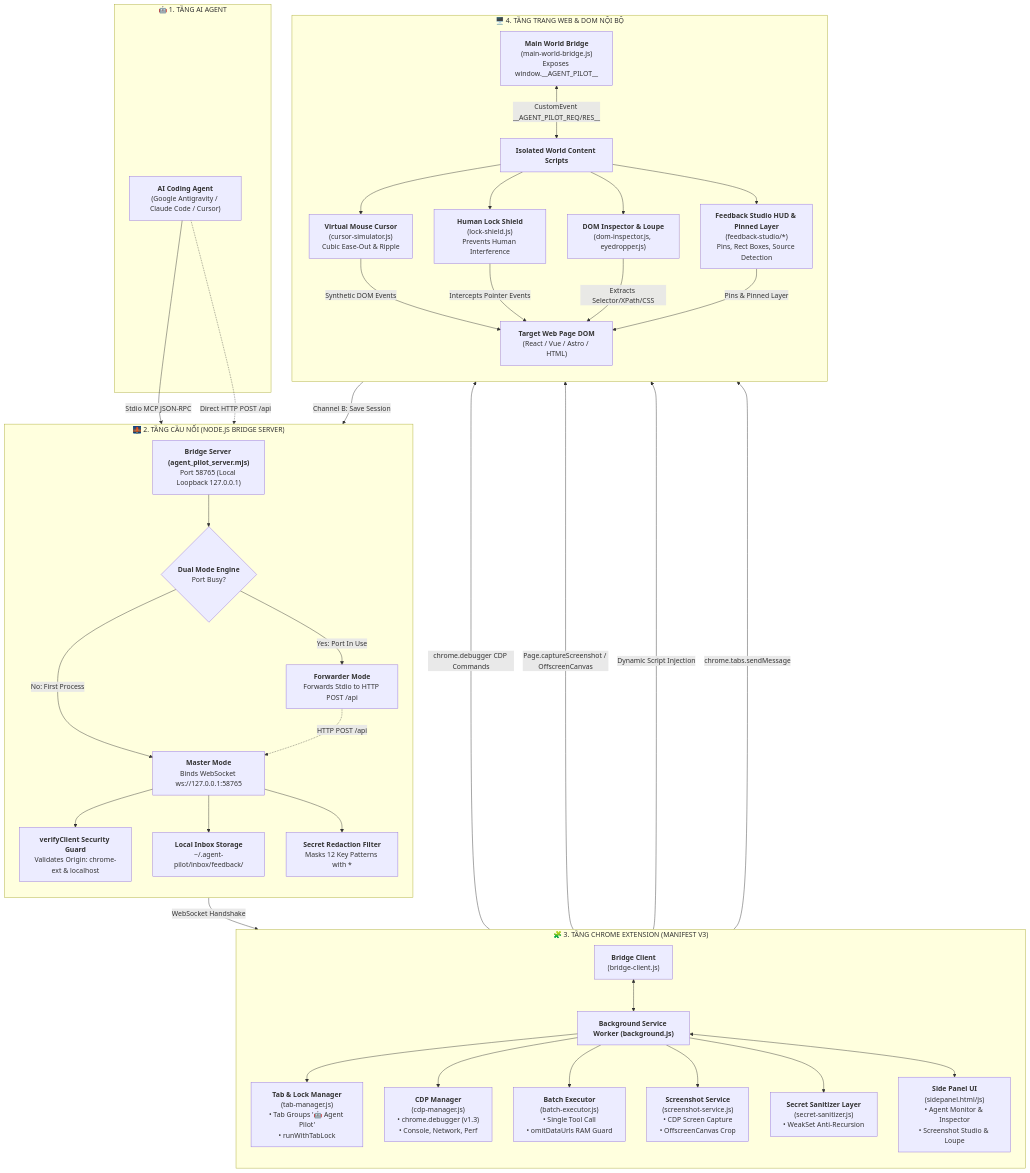
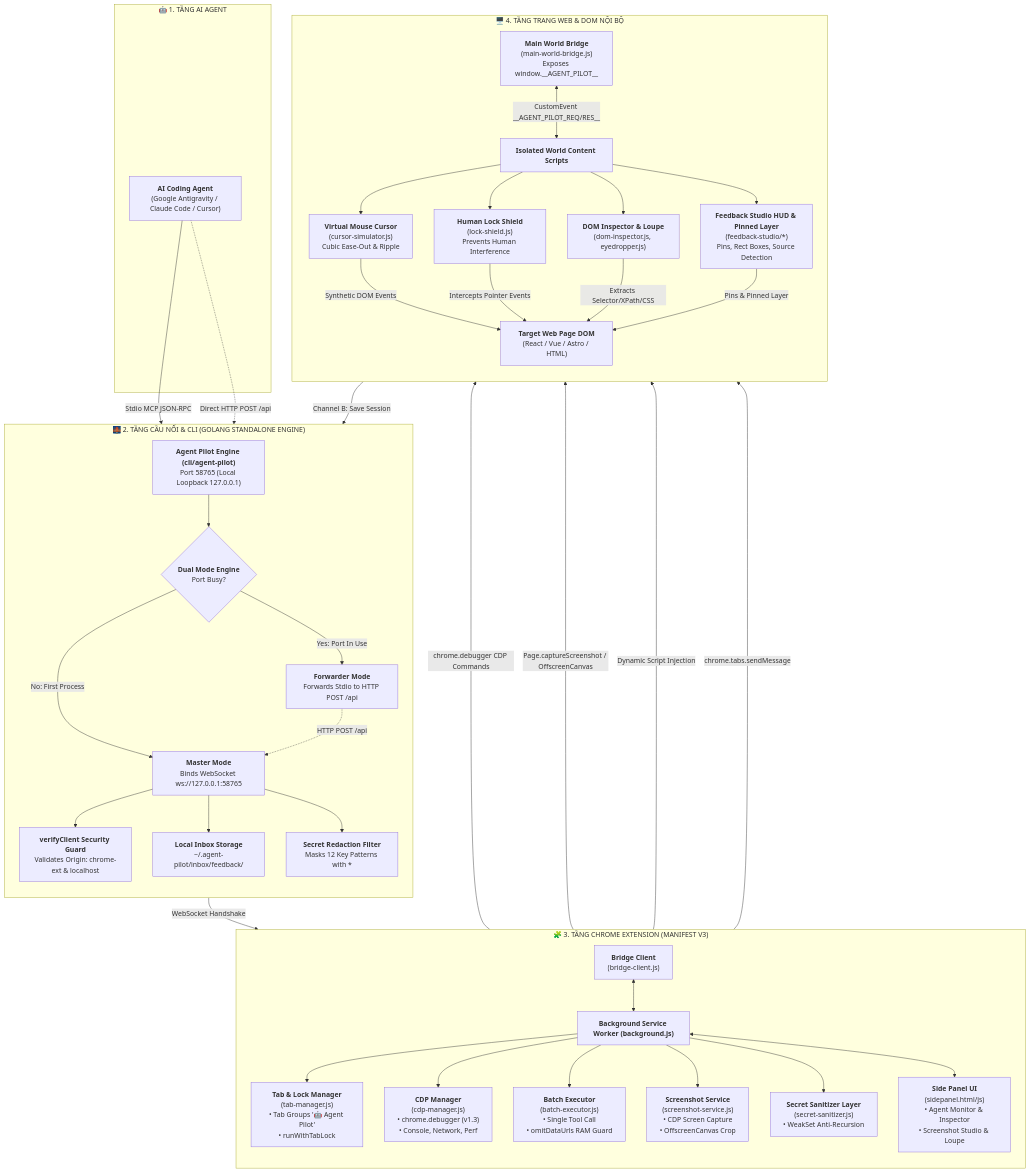
Before and after one commit to ducconit/agent-pilot: the first of 3 diagrams in docs/ARCHITECTURE.md, drawn with Mermaid. The commit also changed 36 other files, not shown here.

Commit message:
feat(mcp): replace legacy node bridge with standalone go cli & update local mcp configuration

````diff
--- a/docs/ARCHITECTURE.md
+++ b/docs/ARCHITECTURE.md
@@ -12,78 +12,78 @@
 ```mermaid
 flowchart TB
     subgraph AgentLayer["🤖 1. TẦNG AI AGENT"]
         Agent["<b>AI Coding Agent</b><br/>(Google Antigravity / Claude Code / Cursor)"]
     end
 
-    subgraph BridgeLayer["🌉 2. TẦNG CẦU NỐI (NODE.JS BRIDGE SERVER)"]
+    subgraph BridgeLayer["🌉 2. TẦNG CẦU NỐI & CLI (GOLANG STANDALONE ENGINE)"]
         direction TB
-        ServerEntry["<b>Bridge Server (agent_pilot_server.mjs)</b><br/>Port 58765 (Local Loopback 127.0.0.1)"]
+        ServerEntry["<b>Agent Pilot Engine (cli/agent-pilot)</b><br/>Port 58765 (Local Loopback 127.0.0.1)"]
         DualMode{"<b>Dual Mode Engine</b><br/>Port Busy?"}
         Master["<b>Master Mode</b><br/>Binds WebSocket ws://127.0.0.1:58765"]
         Forwarder["<b>Forwarder Mode</b><br/>Forwards Stdio to HTTP POST /api"]
         VerifyClient["<b>verifyClient Security Guard</b><br/>Validates Origin: chrome-ext & localhost"]
         ServerRedactor["<b>Secret Redaction Filter</b><br/>Masks 12 Key Patterns with *"]
         InboxFS["<b>Local Inbox Storage</b><br/>~/.agent-pilot/inbox/feedback/"]
     end
 
     subgraph ExtensionLayer["🧩 3. TẦNG CHROME EXTENSION (MANIFEST V3)"]
         direction TB
         SW["<b>Background Service Worker (background.js)</b>"]
         WSClient["<b>Bridge Client</b><br/>(bridge-client.js)"]
         TabMgr["<b>Tab & Lock Manager</b><br/>(tab-manager.js)<br/>• Tab Groups '🤖 Agent Pilot'<br/>• runWithTabLock"]
         CDPMgr["<b>CDP Manager</b><br/>(cdp-manager.js)<br/>• chrome.debugger (v1.3)<br/>• Console, Network, Perf"]
         BatchExec["<b>Batch Executor</b><br/>(batch-executor.js)<br/>• Single Tool Call<br/>• omitDataUrls RAM Guard"]
         ShotSvc["<b>Screenshot Service</b><br/>(screenshot-service.js)<br/>• CDP Screen Capture<br/>• OffscreenCanvas Crop"]
         ClientRedactor["<b>Secret Sanitizer Layer</b><br/>(secret-sanitizer.js)<br/>• WeakSet Anti-Recursion"]
         SidePanel["<b>Side Panel UI</b><br/>(sidepanel.html/js)<br/>• Agent Monitor & Inspector<br/>• Screenshot Studio & Loupe"]
     end
 
     subgraph PageLayer["🖥️ 4. TẦNG TRANG WEB & DOM NỘI BỘ"]
         direction TB
         MainWorld["<b>Main World Bridge</b><br/>(main-world-bridge.js)<br/>Exposes window.__AGENT_PILOT__"]
         ContentScripts["<b>Isolated World Content Scripts</b>"]
         CursorSim["<b>Virtual Mouse Cursor</b><br/>(cursor-simulator.js)<br/>Cubic Ease-Out & Ripple"]
         LockShield["<b>Human Lock Shield</b><br/>(lock-shield.js)<br/>Prevents Human Interference"]
         DOMInspector["<b>DOM Inspector & Loupe</b><br/>(dom-inspector.js, eyedropper.js)"]
         FeedbackHUD["<b>Feedback Studio HUD & Pinned Layer</b><br/>(feedback-studio/*)<br/>Pins, Rect Boxes, Source Detection"]
         TargetDOM["<b>Target Web Page DOM</b><br/>(React / Vue / Astro / HTML)"]
     end
 
     %% Communication Links
     Agent -->|Stdio MCP JSON-RPC| ServerEntry
     Agent -.->|Direct HTTP POST /api| ServerEntry
     ServerEntry --> DualMode
     DualMode -->|No: First Process| Master
     DualMode -->|Yes: Port In Use| Forwarder
     Master --> VerifyClient
     VerifyClient -->|WebSocket Handshake| WSClient
     Forwarder -.->|HTTP POST /api| Master
 
     WSClient <--> SW
     SW --> TabMgr
     SW --> CDPMgr
     SW --> BatchExec
     SW --> ShotSvc
     SW --> ClientRedactor
     SW <--> SidePanel
 
     CDPMgr -->|chrome.debugger CDP Commands| TargetDOM
     ShotSvc -->|Page.captureScreenshot / OffscreenCanvas| TargetDOM
     TabMgr -->|Dynamic Script Injection| ContentScripts
     TabMgr -->|chrome.tabs.sendMessage| ContentScripts
 
     ContentScripts --> CursorSim
     ContentScripts --> LockShield
     ContentScripts --> DOMInspector
     ContentScripts --> FeedbackHUD
 
     CursorSim -->|Synthetic DOM Events| TargetDOM
     LockShield -->|Intercepts Pointer Events| TargetDOM
     DOMInspector -->|Extracts Selector/XPath/CSS| TargetDOM
     FeedbackHUD -->|Pins & Pinned Layer| TargetDOM
 
     MainWorld <-->|CustomEvent __AGENT_PILOT_REQ/RES__| ContentScripts
     FeedbackHUD -->|Channel B: Save Session| Master
     Master --> InboxFS
     Master --> ServerRedactor
 ```
````
